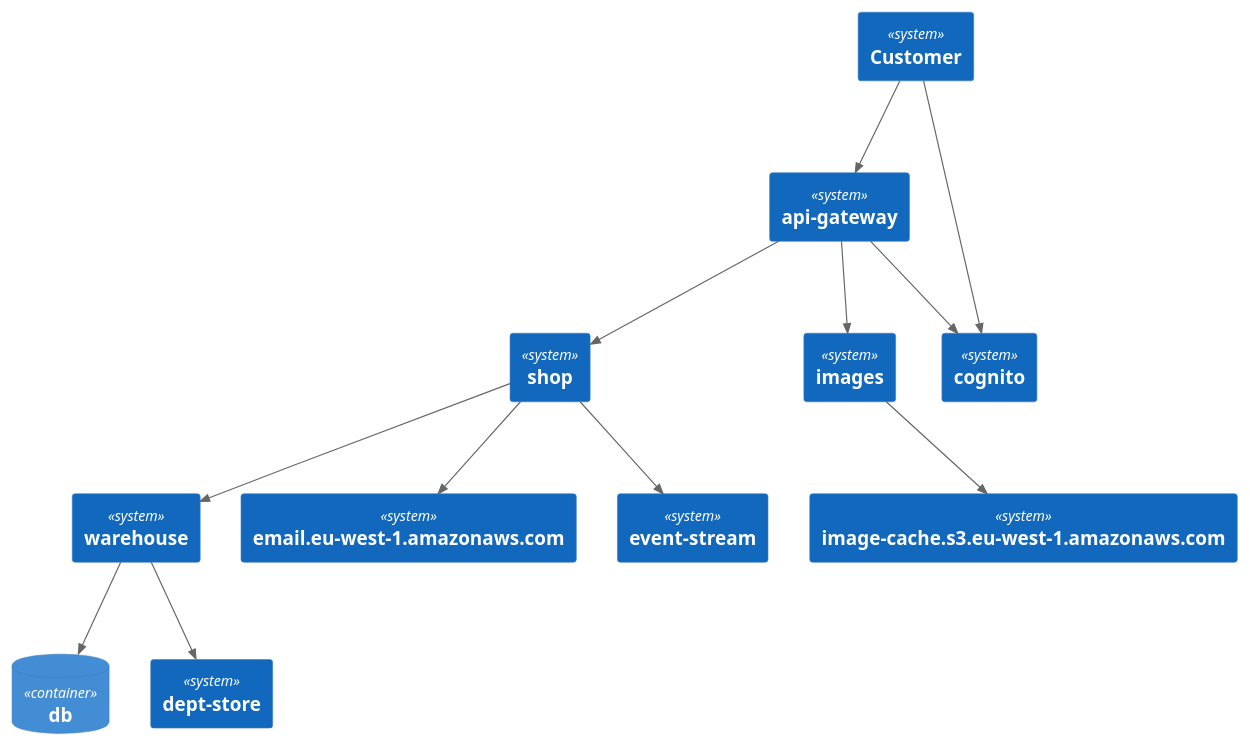
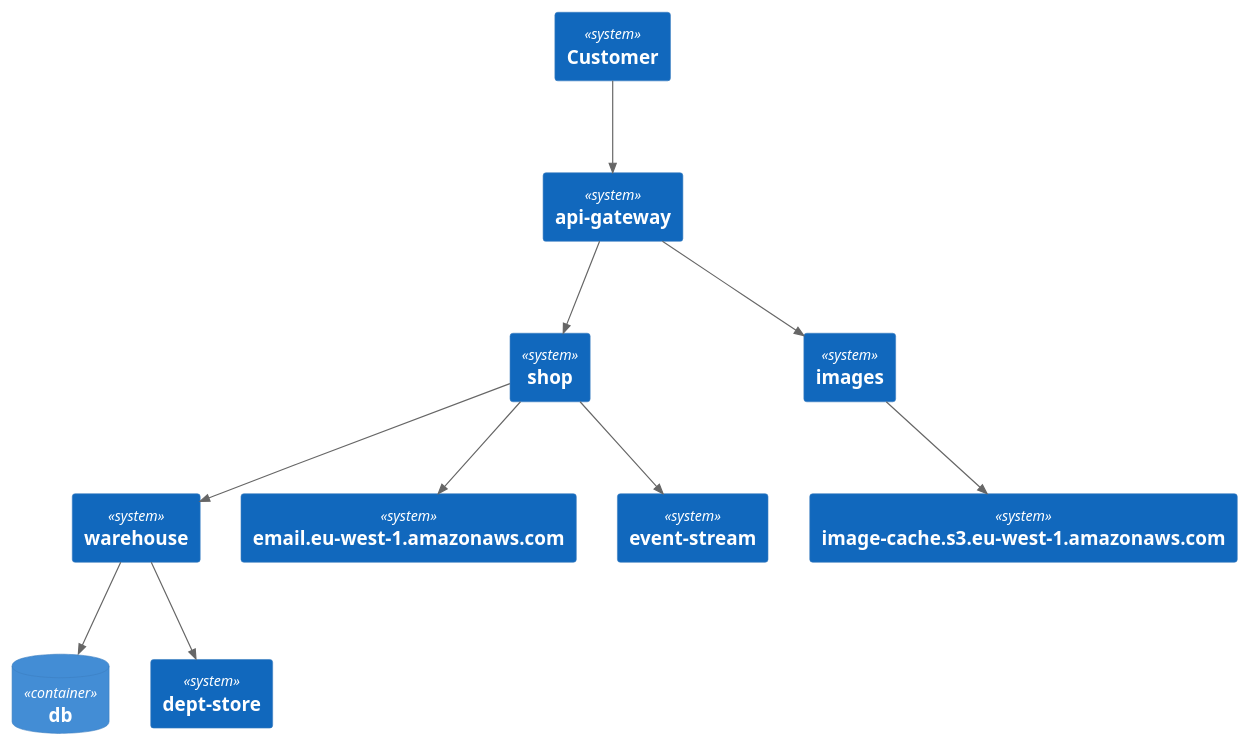
Before and after one commit to http4k/exploring-the-testing-hyperpyramid: the diagram in .presentation/.generated/InMemoryEcommerceSystemTest - can load stock list and order item - Interactions.puml, drawn with PlantUML. The commit also changed 3 other files, not shown here.

Commit message:
update diagrams for failing test

```diff
--- a/.presentation/.generated/InMemoryEcommerceSystemTest - can load stock list and order item - Interactions.puml
+++ b/.presentation/.generated/InMemoryEcommerceSystemTest - can load stock list and order item - Interactions.puml
@@ -1,28 +1,24 @@
 @startuml
-
 !include https://raw.githubusercontent.com/plantuml-stdlib/C4-PlantUML/master/C4_Container.puml
 
 
 System(Customer, "Customer")
 System(apigateway, "api-gateway")
 System(shop, "shop")
 System(warehouse, "warehouse")
 System(images, "images")
-System(cognito, "cognito")
 ContainerDb(db, "db")
 System(imagecaches3euwest1amazonawscom, "image-cache.s3.eu-west-1.amazonaws.com")
 System(deptstore, "dept-store")
 System(emaileuwest1amazonawscom, "email.eu-west-1.amazonaws.com")
 System(eventstream, "event-stream")    
 Rel_D(Customer, apigateway, " ") 
-Rel_D(Customer, cognito, " ") 
-Rel_D(apigateway, cognito, " ") 
 Rel_D(apigateway, shop, " ") 
 Rel_D(shop, warehouse, " ") 
 Rel_D(warehouse, db, " ") 
 Rel_D(apigateway, images, " ") 
 Rel_D(images, imagecaches3euwest1amazonawscom, " ") 
 Rel_D(warehouse, deptstore, " ") 
 Rel_D(shop, emaileuwest1amazonawscom, " ") 
 Rel_D(shop, eventstream, " ")     
 @enduml
```
